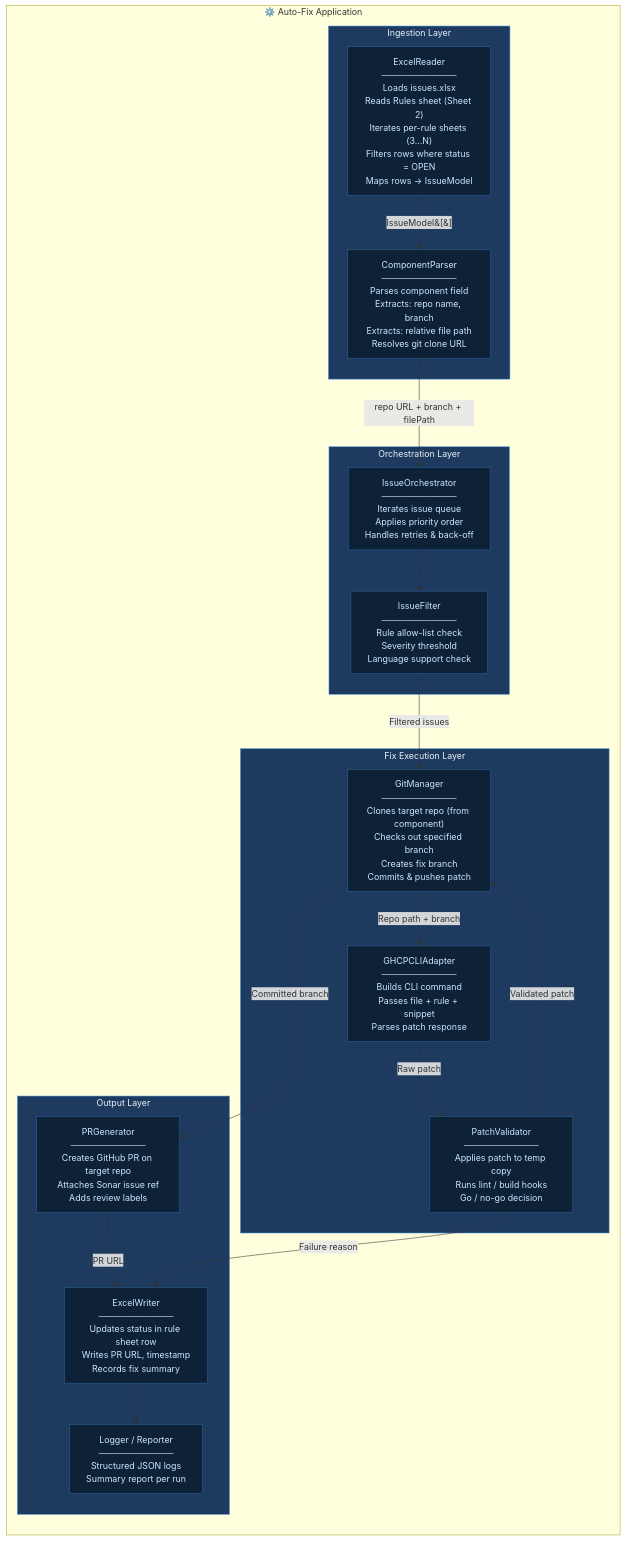
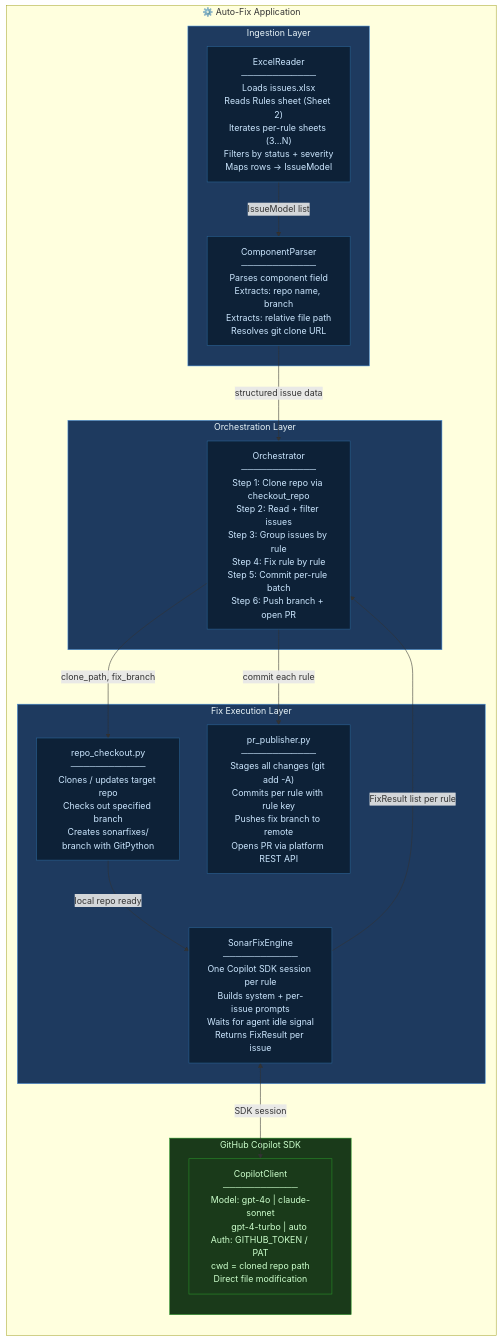
One commit to HiteshDutt/sonar-auto-fix-test changed the third of 10 diagrams in README.md. Above: the diagram before and after it, drawn with Mermaid. The commit also changed other lines of this file and 1 other file, not shown here.

````diff
--- a/README.md
+++ b/README.md
@@ -94,45 +199,40 @@
 ```mermaid
 graph TB
     subgraph APP["⚙️ Auto-Fix Application"]
         direction TB
 
         subgraph Ingestion["Ingestion Layer"]
-            EXR["ExcelReader\n────────────\nLoads issues.xlsx\nReads Rules sheet (Sheet 2)\nIterates per-rule sheets (3…N)\nFilters rows where status = OPEN\nMaps rows → IssueModel"]
-            CMP["ComponentParser\n────────────\nParses component field\nExtracts: repo name, branch\nExtracts: relative file path\nResolves git clone URL"]
+            EXR["ExcelReader<br/>────────────<br/>Loads issues.xlsx<br/>Reads Rules sheet (Sheet 2)<br/>Iterates per-rule sheets (3…N)<br/>Filters by status + severity<br/>Maps rows → IssueModel"]
+            CMP["ComponentParser<br/>────────────<br/>Parses component field<br/>Extracts: repo name, branch<br/>Extracts: relative file path<br/>Resolves git clone URL"]
         end
 
         subgraph Orchestration["Orchestration Layer"]
-            ORC["IssueOrchestrator\n────────────\nIterates issue queue\nApplies priority order\nHandles retries & back-off"]
-            FILT["IssueFilter\n────────────\nRule allow-list check\nSeverity threshold\nLanguage support check"]
+            ORC["Orchestrator<br/>────────────<br/>Step 1: Clone repo via checkout_repo<br/>Step 2: Read + filter issues<br/>Step 3: Group issues by rule<br/>Step 4: Fix rule by rule<br/>Step 5: Commit per-rule batch<br/>Step 6: Push branch + open PR"]
         end
 
         subgraph Execution["Fix Execution Layer"]
-            GIT["GitManager\n────────────\nClones target repo (from component)\nChecks out specified branch\nCreates fix branch\nCommits & pushes patch"]
-            CLI["GHCPCLIAdapter\n────────────\nBuilds CLI command\nPasses file + rule + snippet\nParses patch response"]
-            VAL["PatchValidator\n────────────\nApplies patch to temp copy\nRuns lint / build hooks\nGo / no-go decision"]
+            GIT["repo_checkout.py<br/>────────────<br/>Clones / updates target repo<br/>Checks out specified branch<br/>Creates sonarfixes/<timestamp><br/>branch with GitPython"]
+            ENGINE["SonarFixEngine<br/>────────────<br/>One Copilot SDK session per rule<br/>Builds system + per-issue prompts<br/>Waits for agent idle signal<br/>Returns FixResult per issue"]
+            PUB["pr_publisher.py<br/>────────────<br/>Stages all changes (git add -A)<br/>Commits per rule with rule key<br/>Pushes fix branch to remote<br/>Opens PR via platform REST API"]
         end
 
-        subgraph Output["Output Layer"]
-            PRG["PRGenerator\n────────────\nCreates GitHub PR on target repo\nAttaches Sonar issue ref\nAdds review labels"]
-            EXW["ExcelWriter\n────────────\nUpdates status in rule sheet row\nWrites PR URL, timestamp\nRecords fix summary"]
-            LOG["Logger / Reporter\n────────────\nStructured JSON logs\nSummary report per run"]
+        subgraph SDK["GitHub Copilot SDK"]
+            SDKC["CopilotClient<br/>────────────<br/>Model: gpt-4o | claude-sonnet<br/>       gpt-4-turbo | auto<br/>Auth: GITHUB_TOKEN / PAT<br/>cwd = cloned repo path<br/>Direct file modification"]
         end
     end
 
-    EXR -->|IssueModel&#91;&#93;| CMP
-    CMP -->|repo URL + branch + filePath| ORC
-    ORC --> FILT
-    FILT -->|Filtered issues| GIT
-    GIT -->|Repo path + branch| CLI
-    CLI -->|Raw patch| VAL
-    VAL -->|Validated patch| GIT
-    GIT -->|Committed branch| PRG
-    PRG -->|PR URL| EXW
-    VAL -->|Failure reason| EXW
-    EXW --> LOG
+    EXR -->|IssueModel list| CMP
+    CMP -->|structured issue data| ORC
+    ORC -->|clone_path, fix_branch| GIT
+    GIT -->|local repo ready| ENGINE
+    ENGINE -->|FixResult list per rule| ORC
+    ORC -->|commit each rule| PUB
+    ENGINE <-->|SDK session| SDKC
 
     classDef layer fill:#1e3a5f,color:#e8f4f8,stroke:#4a90d9
     classDef module fill:#0d2137,color:#cce7ff,stroke:#2a6496
-    class Ingestion,Orchestration,Execution,Output layer
-    class EXR,CMP,ORC,FILT,GIT,CLI,VAL,PRG,EXW,LOG module
+    classDef sdk fill:#1a3a1a,color:#ccffcc,stroke:#2a962a
+    class Ingestion,Orchestration,Execution layer
+    class EXR,CMP,ORC,GIT,ENGINE,PUB module
+    class SDK,SDKC sdk
 ```
````
